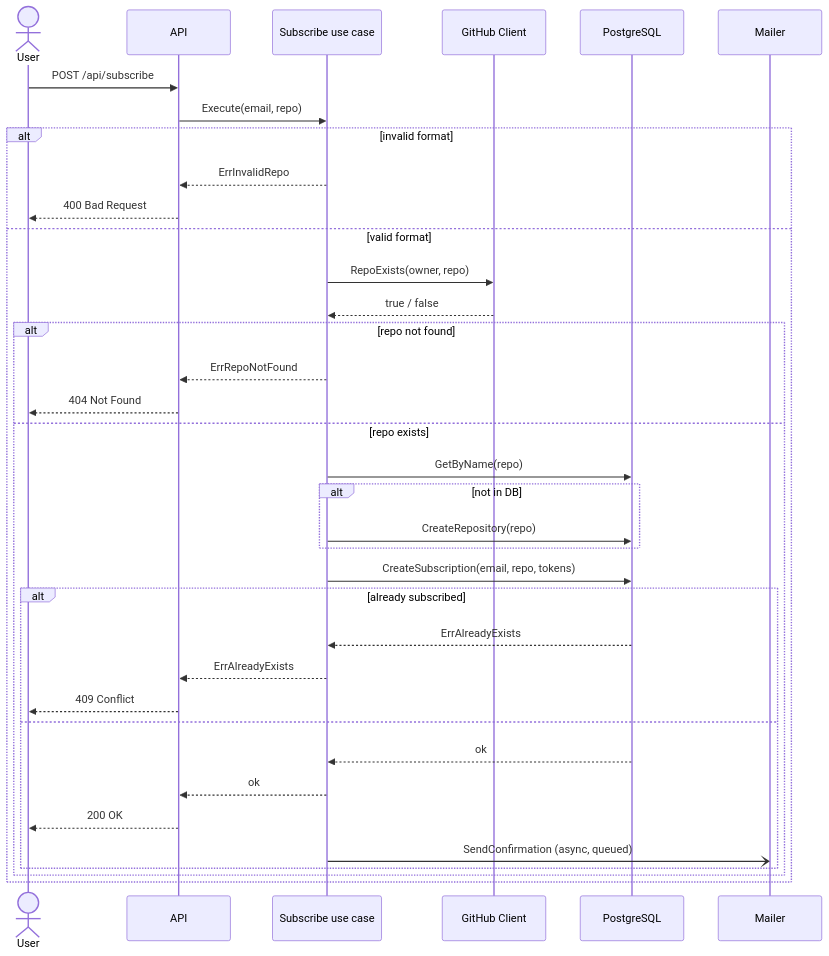
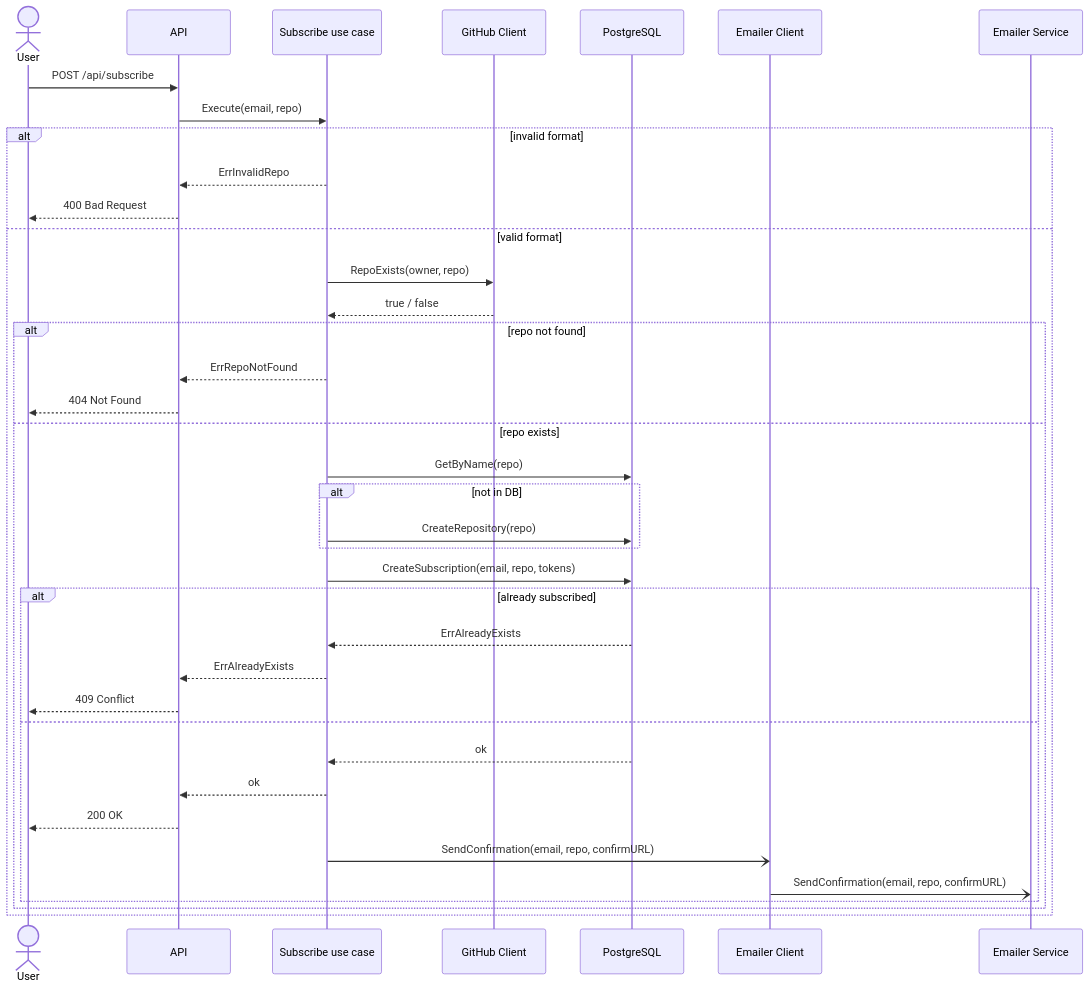
Before and after one commit to GenesisEducationKyiv/software-engineering-school-6-0-mzabrodin: the second of 4 diagrams in docs/sdd.md, drawn with Mermaid. The commit also changed other lines of this file, not shown here.

Commit message:
docs: update SDD with Emailer service extraction, mTLS setup, architecture and flow diagrams

````diff
--- a/docs/sdd.md
+++ b/docs/sdd.md
@@ -111,38 +120,40 @@
 ```mermaid
 sequenceDiagram
     actor User
     participant API
     participant UC as Subscribe use case
     participant GH as GitHub Client
     participant DB as PostgreSQL
-    participant Mailer
+    participant EC as Emailer Client
+    participant ES as Emailer Service
     User ->> API: POST /api/subscribe
     API ->> UC: Execute(email, repo)
     alt invalid format
         UC -->> API: ErrInvalidRepo
         API -->> User: 400 Bad Request
     else valid format
         UC ->> GH: RepoExists(owner, repo)
         GH -->> UC: true / false
         alt repo not found
             UC -->> API: ErrRepoNotFound
             API -->> User: 404 Not Found
         else repo exists
             UC ->> DB: GetByName(repo)
             alt not in DB
                 UC ->> DB: CreateRepository(repo)
             end
             UC ->> DB: CreateSubscription(email, repo, tokens)
             alt already subscribed
                 DB -->> UC: ErrAlreadyExists
                 UC -->> API: ErrAlreadyExists
                 API -->> User: 409 Conflict
             else
                 DB -->> UC: ok
                 UC -->> API: ok
                 API -->> User: 200 OK
-                UC -) Mailer: SendConfirmation (async, queued)
+                UC -) EC: SendConfirmation(email, repo, confirmURL)
+                EC -) ES: SendConfirmation(email, repo, confirmURL)
             end
         end
     end
 ```
````
